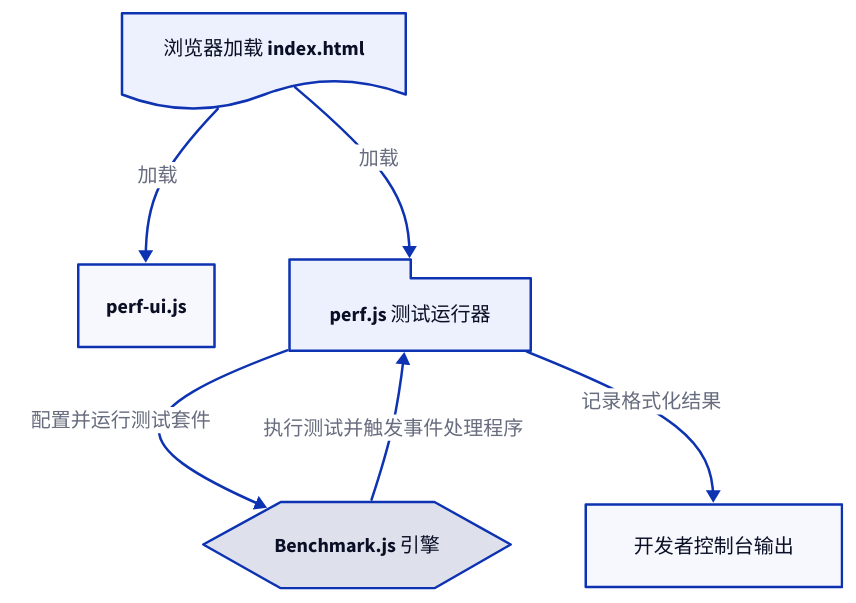
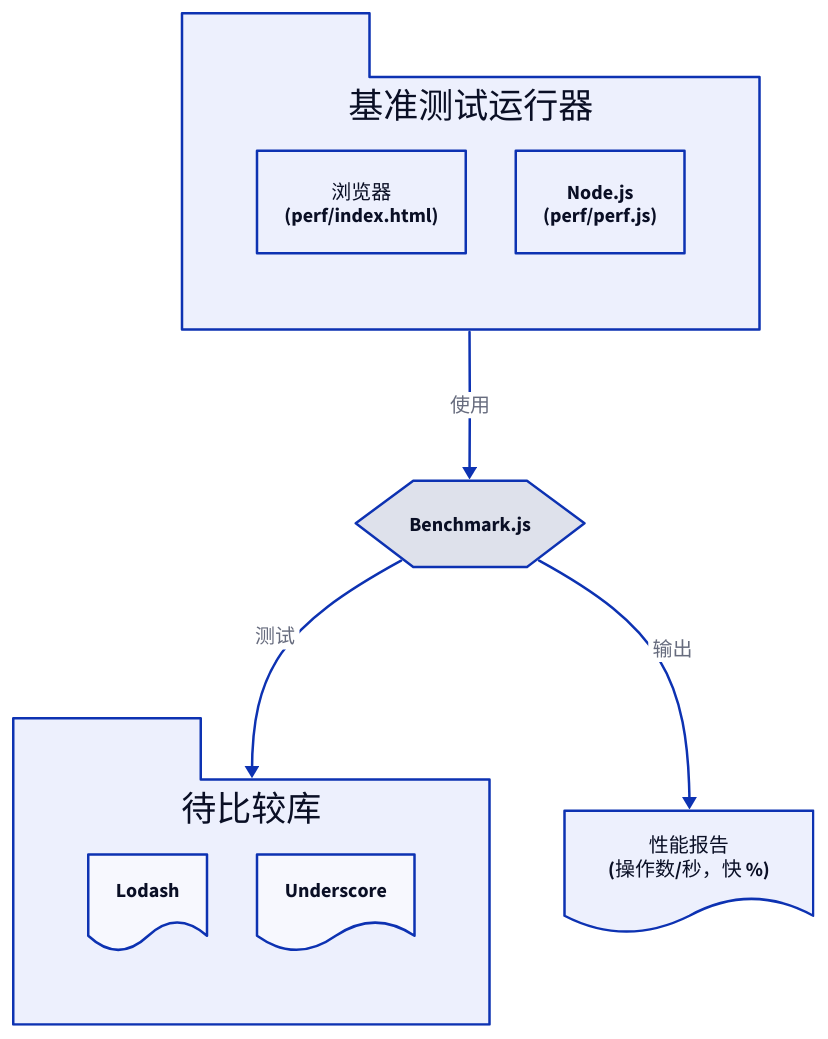
One commit to lban2049/lodash changed the diagram in .aigne/doc-smith/docs/guides-performance.zh.md. Above: the diagram before and after it, drawn with D2. The commit also changed other lines of this file and 40 other files, not shown here.

````diff
--- a/.aigne/doc-smith/docs/guides-performance.zh.md
+++ b/.aigne/doc-smith/docs/guides-performance.zh.md
@@ -39,34 +17,46 @@
 ```d2
 direction: down
 
-"index.html": {
-  label: "浏览器加载 index.html"
+"Benchmark-Runner": {
+  shape: package
+  label: "基准测试运行器"
+  grid-columns: 2
+
+  "Browser-Test": {
+    label: "浏览器\n(perf/index.html)"
+    shape: rectangle
+  }
+
+  "CLI-Test": {
+    label: "Node.js\n(perf/perf.js)"
+    shape: rectangle
+  }
+}
+
+"Benchmark-js": {
+  label: "Benchmark.js"
+  shape: hexagon
+}
+
+"Libraries-to-Compare": {
+  shape: package
+  label: "待比较库"
+  grid-columns: 2
+
+  "Lodash": { 
+    shape: document
+  }
+  "Underscore": {
+    shape: document
+  }
+}
+
+"Results": {
+  label: "性能报告\n(操作数/秒，快 %)"
   shape: document
 }
 
-"perf-ui.js": {
-  label: "perf-ui.js"
-  shape: rectangle
-}
-
-"perf.js": {
-  label: "perf.js 测试运行器"
-  shape: package
-}
-
-"Benchmark.js": {
-  label: "Benchmark.js 引擎"
-  shape: hexagon
-}
-
-"console": {
-  label: "开发者控制台输出"
-  shape: rectangle
-}
-
-"index.html" -> "perf-ui.js": "加载"
-"index.html" -> "perf.js": "加载"
-"perf.js" -> "Benchmark.js": "配置并运行测试套件"
-"Benchmark.js" -> "perf.js": "执行测试并触发事件处理程序"
-"perf.js" -> "console": "记录格式化结果"
+"Benchmark-Runner" -> "Benchmark-js": "使用"
+"Benchmark-js" -> "Libraries-to-Compare": "测试"
+"Benchmark-js" -> "Results": "输出"
 ```
````
